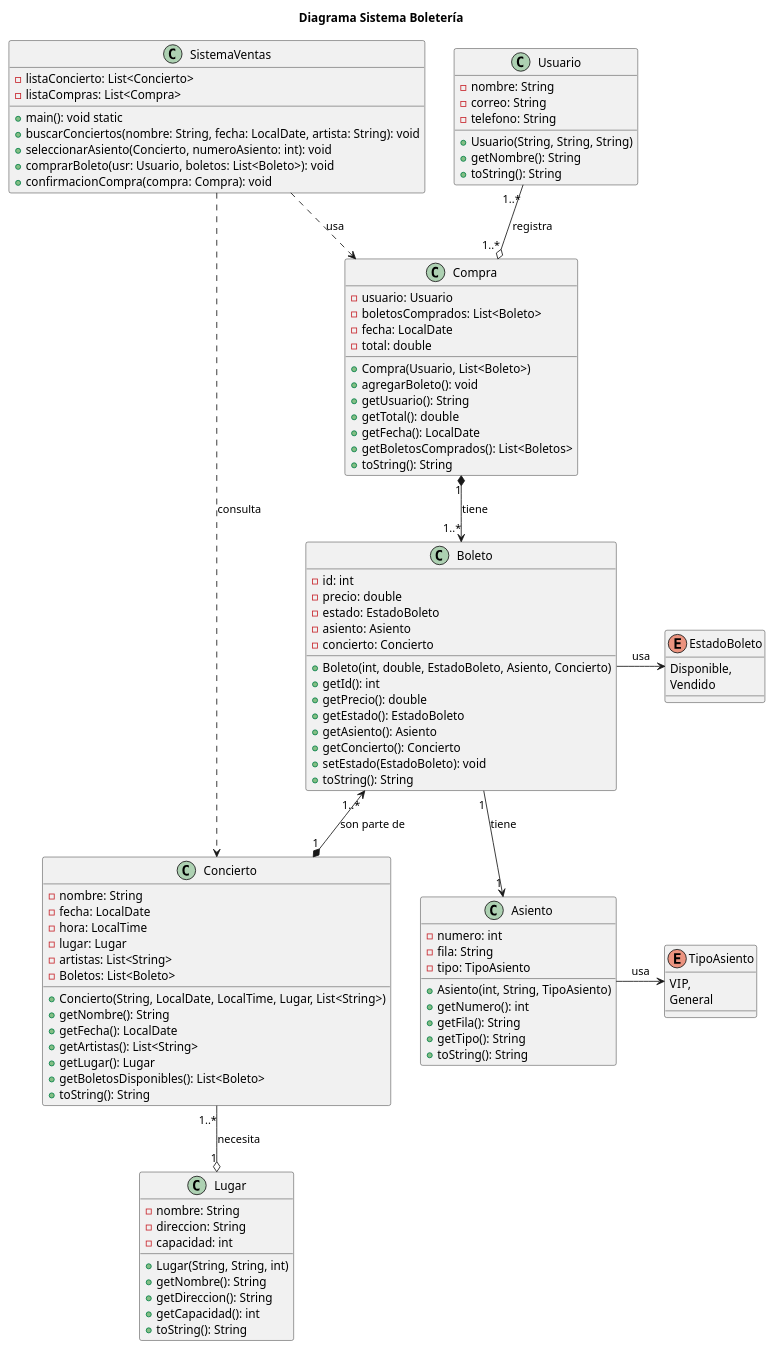
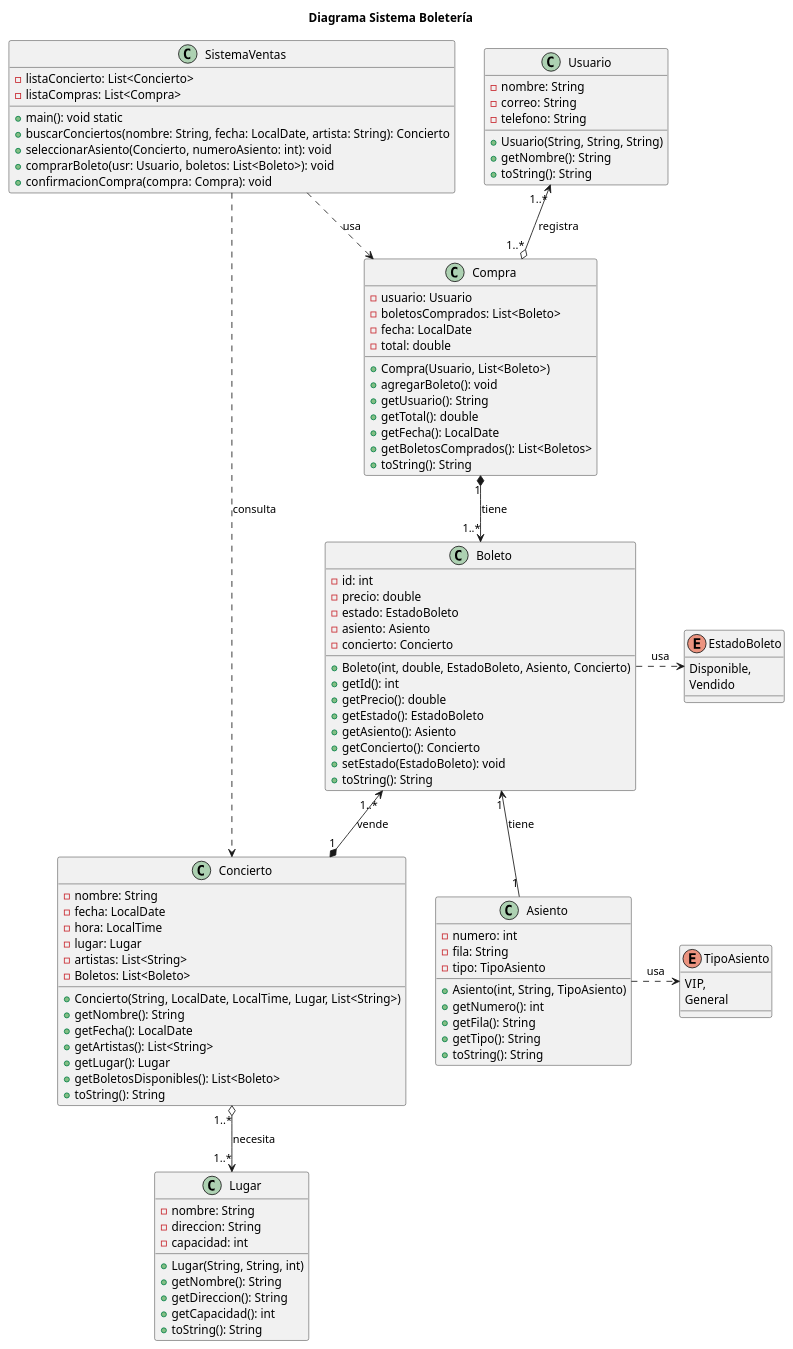
Before and after one commit to KuilmerHC/Fundamentos: the diagram in Lab2/diagrama/diagrama1.puml, drawn with PlantUML. The commit also changed 6 other files, not shown here.

```diff
--- a/Lab2/diagrama/diagrama1.puml
+++ b/Lab2/diagrama/diagrama1.puml
@@ -1,114 +1,114 @@
 @startuml Diagrama 2
 title Diagrama Sistema Boletería
 
 class Usuario{
     -nombre: String
     -correo: String
     -telefono: String
     +Usuario(String, String, String)
     +getNombre(): String
     +toString(): String
 }
 
 class Concierto{
     -nombre: String
     -fecha: LocalDate
     -hora: LocalTime
     -lugar: Lugar
     -artistas: List<String>
     -Boletos: List<Boleto>
     +Concierto(String, LocalDate, LocalTime, Lugar, List<String>)
     +getNombre(): String
     +getFecha(): LocalDate
     +getArtistas(): List<String>
     +getLugar(): Lugar
     +getBoletosDisponibles(): List<Boleto>
     +toString(): String
 }
 
 enum EstadoBoleto{
     Disponible,
     Vendido
 }
 
 class Boleto{
     -id: int
     -precio: double
     -estado: EstadoBoleto
     -asiento: Asiento
     -concierto: Concierto
     +Boleto(int, double, EstadoBoleto, Asiento, Concierto)
     +getId(): int
     +getPrecio(): double
     +getEstado(): EstadoBoleto
     +getAsiento(): Asiento
     +getConcierto(): Concierto
     +setEstado(EstadoBoleto): void
     +toString(): String
 }
 
 class Lugar{
     -nombre: String
     -direccion: String
     -capacidad: int
     +Lugar(String, String, int)
     +getNombre(): String
     +getDireccion(): String
     +getCapacidad(): int
     +toString(): String
 }
 
 enum TipoAsiento {
     VIP,
     General
 }
 
 class Asiento{
     -numero: int
     -fila: String
     -tipo: TipoAsiento
     +Asiento(int, String, TipoAsiento)
     +getNumero(): int
     +getFila(): String
     +getTipo(): String
     +toString(): String
 }
 
 
 class Compra{
     -usuario: Usuario
     -boletosComprados: List<Boleto>
     -fecha: LocalDate
     -total: double
     +Compra(Usuario, List<Boleto>)
     +agregarBoleto(): void
     +getUsuario(): String
     +getTotal(): double
     +getFecha(): LocalDate
     +getBoletosComprados(): List<Boletos>
     +toString(): String
 }
 
 class SistemaVentas{
     -listaConcierto: List<Concierto>
     -listaCompras: List<Compra>
     +main(): void static
-    +buscarConciertos(nombre: String, fecha: LocalDate, artista: String): void
+    +buscarConciertos(nombre: String, fecha: LocalDate, artista: String): Concierto
     +seleccionarAsiento(Concierto, numeroAsiento: int): void
     +comprarBoleto(usr: Usuario, boletos: List<Boleto>): void
     +confirmacionCompra(compra: Compra): void
 }   
 
-Boleto -> EstadoBoleto: usa
-Asiento -> TipoAsiento: usa
+Boleto .> EstadoBoleto: usa
+Asiento .> TipoAsiento: usa
 
 
 SistemaVentas ..> Compra: usa
 SistemaVentas ..> Concierto: consulta
 
-Usuario "1..*" --o "1..*" Compra: registra
+Usuario "1..*" <--o "1..*" Compra: registra
 Compra "1" *--> "1..*" Boleto: tiene
-Boleto "1..*" <--* "1" Concierto: son parte de
-Concierto "1..*" --o "1" Lugar: necesita
-Boleto "1" --> "1" Asiento: tiene
+Boleto "1..*" <--* "1" Concierto: vende
+Concierto "1..*" o--> "1..*" Lugar: necesita
+Boleto "1" <-- "1" Asiento: tiene
 @enduml
```
